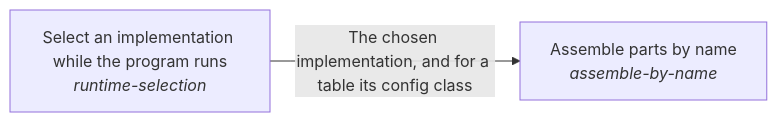
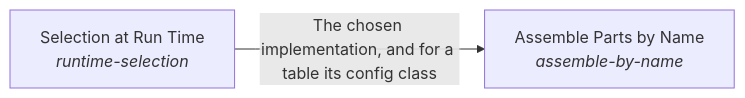
Before and after one commit to JoshuaMathias/evolvable-structure: the diagram in implementations/python/esoi/esoi-runtime/README.md, drawn with Mermaid. The commit also changed other lines of this file and 32 other files, not shown here.

````diff
--- a/implementations/python/esoi/esoi-runtime/README.md
+++ b/implementations/python/esoi/esoi-runtime/README.md
@@ -17,6 +17,6 @@
 ```mermaid
 flowchart LR
-    s0["Select an implementation while the program runs<br/><i>runtime-selection</i>"]
-    s1["Assemble parts by name<br/><i>assemble-by-name</i>"]
+    s0["Selection at Run Time<br/><i>runtime-selection</i>"]
+    s1["Assemble Parts by Name<br/><i>assemble-by-name</i>"]
     s0 -->|"The chosen implementation, and for a table its config class"| s1
 ```
````
